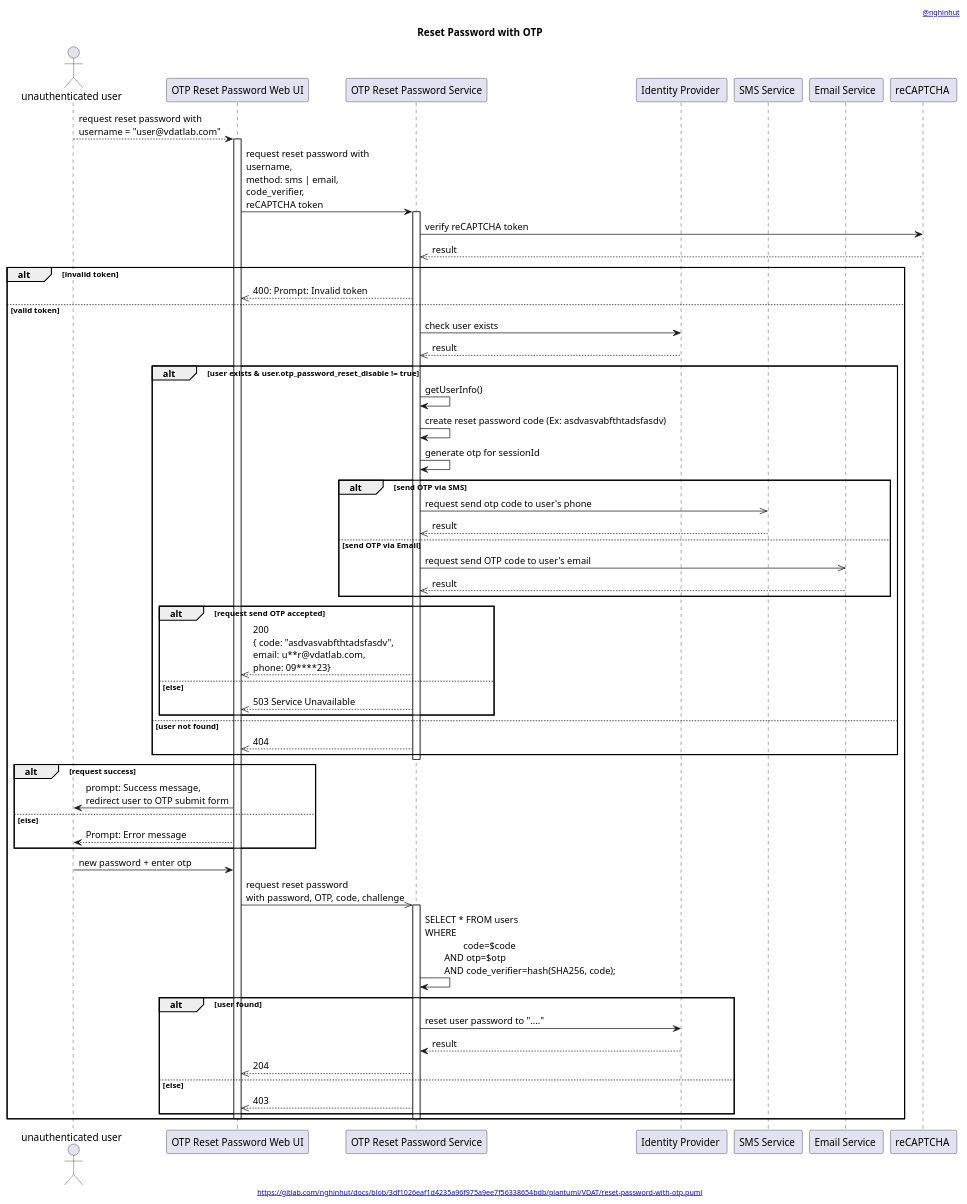
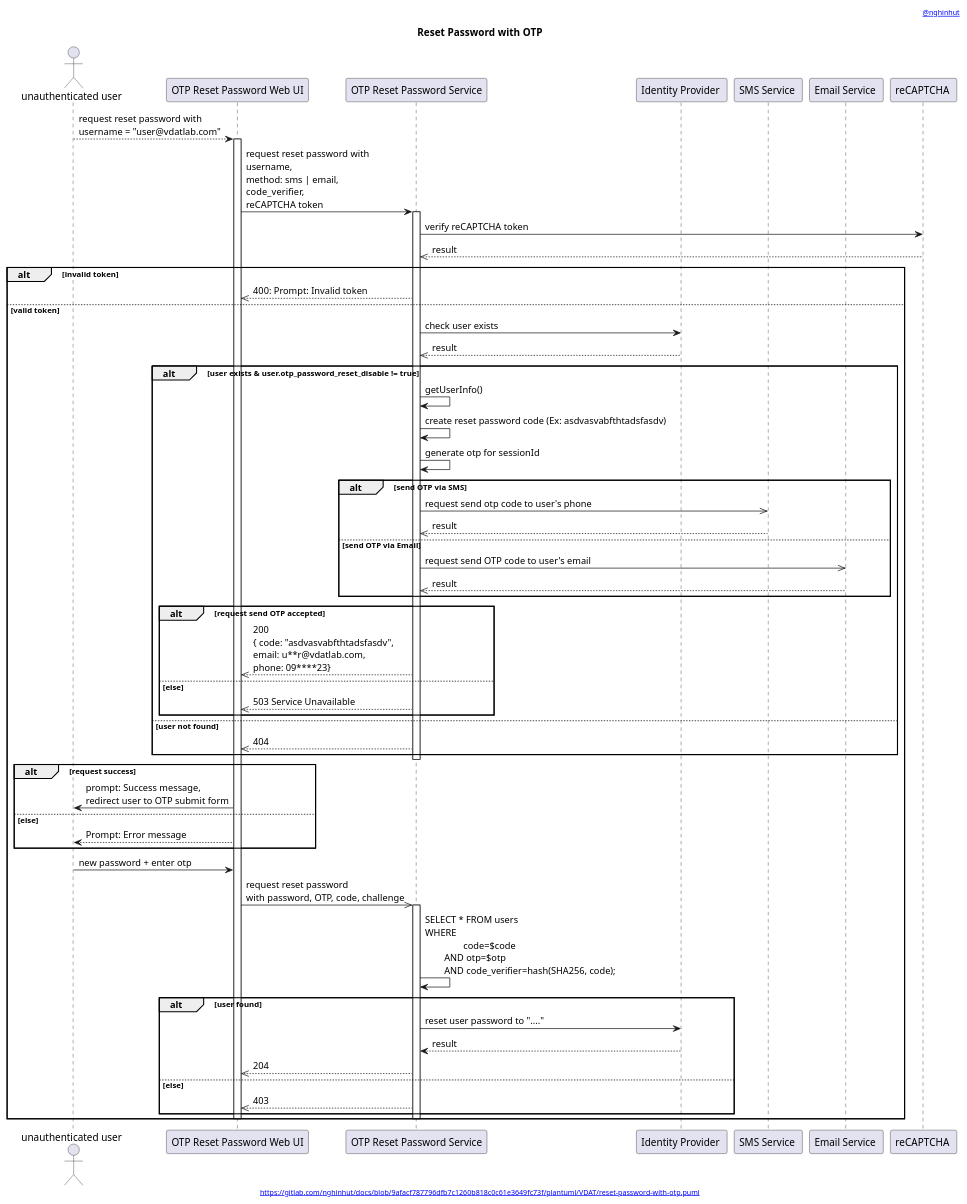
The diagram in plantuml/VDAT/reset-password-with-otp.seq.puml (nghinhut/docs), drawn with PlantUML before and after one commit. The commit also changed 24 other files, not shown here.

Commit message:
docs(plantuml): update headers

```diff
--- a/plantuml/VDAT/reset-password-with-otp.seq.puml
+++ b/plantuml/VDAT/reset-password-with-otp.seq.puml
@@ -1,71 +1,71 @@
 @startuml
 '-----START auto generated metadata please keep comment here to allow auto update-----
 '-----DON'T EDIT THIS SECTION, INSTEAD RE-RUN prebuild.sh TO UPDATE-----
-header [[https://www.nghinhut.dev?from=http%5C%3A%5C%2F%5C%2Fwww%5C.plantuml%5C.com%5C%2Fplantuml%5C%2Fproxy%3Ffmt%3Dsvg%5C%26src%3Dhttps%5C%3A%5C%2F%5C%2Fgitlab%5C.com%5C%2Fnghinhut%5C%2Fdocs%5C%2Fraw%5C%2F3df1026eaf1d4235a96f975a9ee7f56338654bdb%5C%2Fplantuml%5C%2FVDAT%5C%2Freset-password-with-otp%5C.puml%0A @nghinhut]]
-footer [[http://www.plantuml.com/plantuml/proxy?fmt=svg&src=https://gitlab.com/nghinhut/docs/raw/3df1026eaf1d4235a96f975a9ee7f56338654bdb/plantuml/VDAT/reset-password-with-otp.puml https://gitlab.com/nghinhut/docs/blob/3df1026eaf1d4235a96f975a9ee7f56338654bdb/plantuml/VDAT/reset-password-with-otp.puml]]
+header [[https://www.nghinhut.dev?from=http%5C%3A%5C%2F%5C%2Fwww%5C.plantuml%5C.com%5C%2Fplantuml%5C%2Fproxy%3Ffmt%3Dsvg%5C%26src%3Dhttps%5C%3A%5C%2F%5C%2Fgitlab%5C.com%5C%2Fnghinhut%5C%2Fdocs%5C%2Fraw%5C%2F9afacf787796dfb7c1260b818c0c61e3649fc73f%5C%2Fplantuml%5C%2FVDAT%5C%2Freset-password-with-otp%5C.puml%0A @nghinhut]]
+footer [[http://www.plantuml.com/plantuml/proxy?fmt=svg&src=https://gitlab.com/nghinhut/docs/raw/9afacf787796dfb7c1260b818c0c61e3649fc73f/plantuml/VDAT/reset-password-with-otp.puml https://gitlab.com/nghinhut/docs/blob/9afacf787796dfb7c1260b818c0c61e3649fc73f/plantuml/VDAT/reset-password-with-otp.puml]]
 '-----END auto generated metadata please keep comment here to allow auto update-----
 title Reset Password with OTP
 
 actor "unauthenticated user" as rp
 participant "OTP Reset Password Web UI" as client
 participant "OTP Reset Password Service" as rs
 participant "Identity Provider " as idp
 participant "SMS Service " as sms
 participant "Email Service " as email
 participant "reCAPTCHA " as rc
 
 rp --> client : request reset password with\nusername = "user@vdatlab.com"
 activate client
 client -> rs : request reset password with\nusername,\nmethod: sms | email,\ncode_verifier,\nreCAPTCHA token
 activate rs
 rs -> rc : verify reCAPTCHA token
 rs <<-- rc : result
 alt invalid token
 client <<-- rs : 400: Prompt: Invalid token
 else valid token
 rs -> idp : check user exists
 rs <<-- idp : result
 
 alt user exists & user.otp_password_reset_disable != true
     rs -> rs : getUserInfo()
     rs -> rs : create reset password code (Ex: asdvasvabfthtadsfasdv)
     rs -> rs : generate otp for sessionId
     alt send OTP via SMS
         rs ->> sms : request send otp code to user's phone
         rs <<-- sms : result
     else send OTP via Email
         rs ->> email : request send OTP code to user's email
         rs <<-- email : result
     end
     alt request send OTP accepted
         client <<-- rs : 200\n{ code: "asdvasvabfthtadsfasdv",\nemail: u**r@vdatlab.com,\nphone: 09****23}
     else else
         client <<-- rs : 503 Service Unavailable
     end
 else user not found
     client <<-- rs : 404
 end
 deactivate rs
 
 alt request success
     rp <- client : prompt: Success message,\nredirect user to OTP submit form
 else else
     rp <-- client : Prompt: Error message
 end
 
 rp -> client : new password + enter otp
 client ->> rs : request reset password\nwith password, OTP, code, challenge
 activate rs
     rs -> rs : SELECT * FROM users\nWHERE\n\t\tcode=$code\n\tAND otp=$otp\n\tAND code_verifier=hash(SHA256, code);
     alt user found
         rs -> idp : reset user password to "...."
         rs <-- idp : result
         client <<-- rs : 204
     else else
         client <<-- rs : 403
     end
 deactivate rs
 
 deactivate client
 end
 @enduml
```
